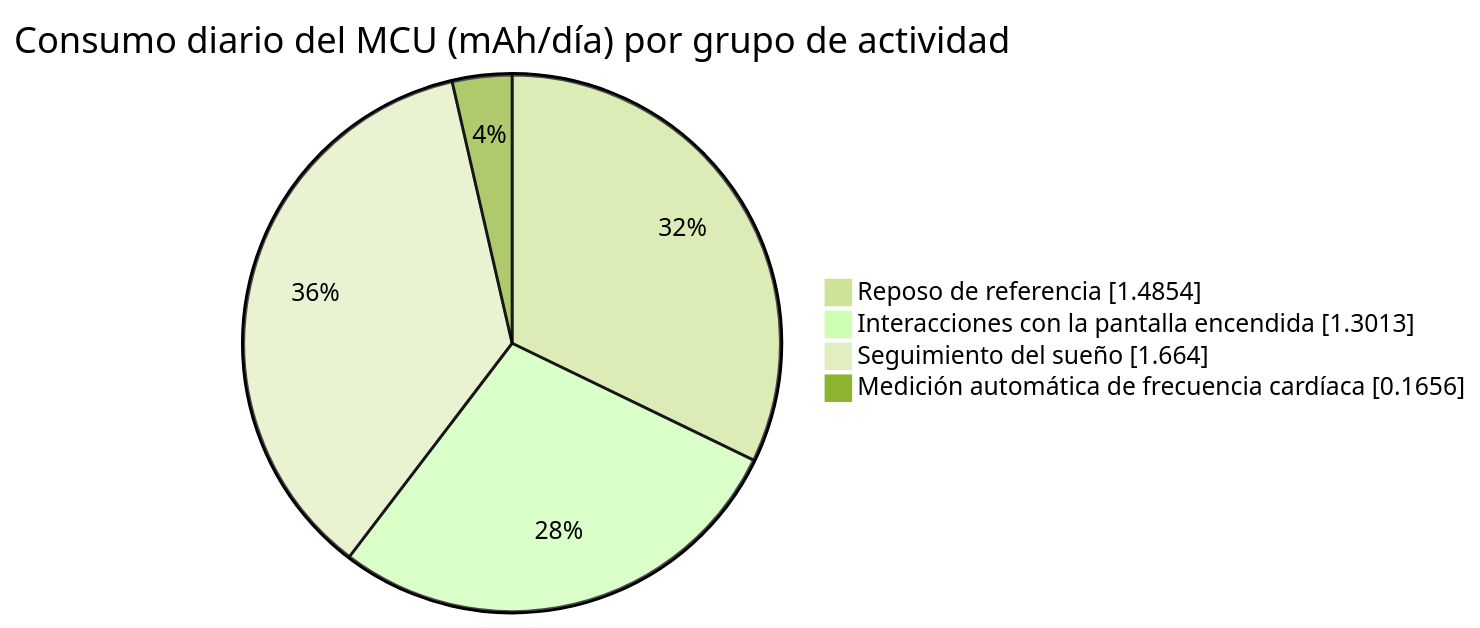
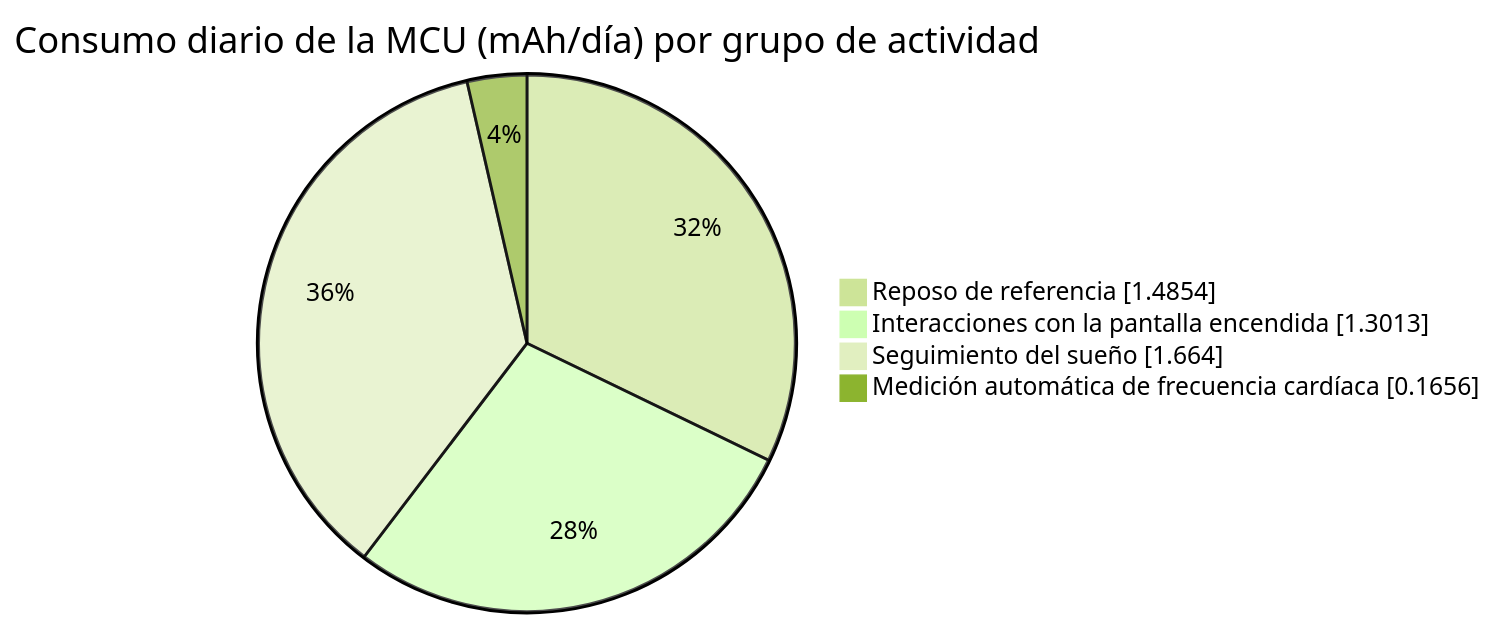
Before and after one commit to uForge-io/uforge-site: the fourth of 4 diagrams in docs_es/learn/low-power/smartwatch-power-profiling.md, drawn with Mermaid (forest theme). The commit also changed other lines of this file and 1299 other files, not shown here.

````diff
--- a/docs_es/learn/low-power/smartwatch-power-profiling.md
+++ b/docs_es/learn/low-power/smartwatch-power-profiling.md
@@ -274,8 +274,8 @@
 ```mermaid
 pie showData
-    title Consumo diario del MCU (mAh/día) por grupo de actividad
+    title Consumo diario de la MCU (mAh/día) por grupo de actividad
     "Reposo de referencia" : 1.4854
     "Interacciones con la pantalla encendida" : 1.3013
     "Seguimiento del sueño" : 1.6640
     "Medición automática de frecuencia cardíaca" : 0.1656
 ```
````
